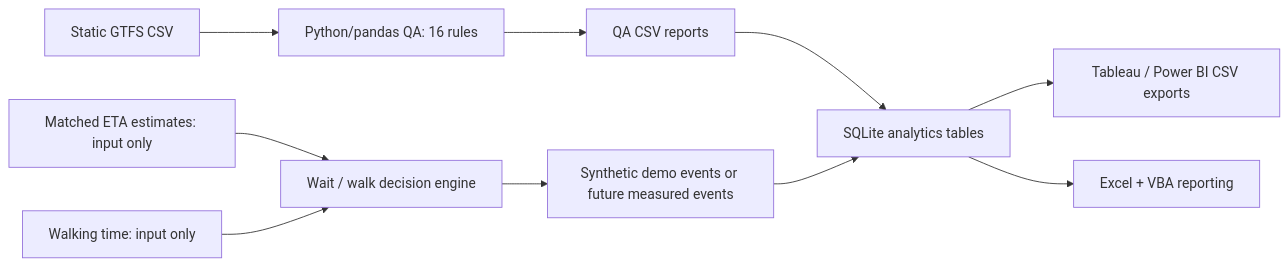
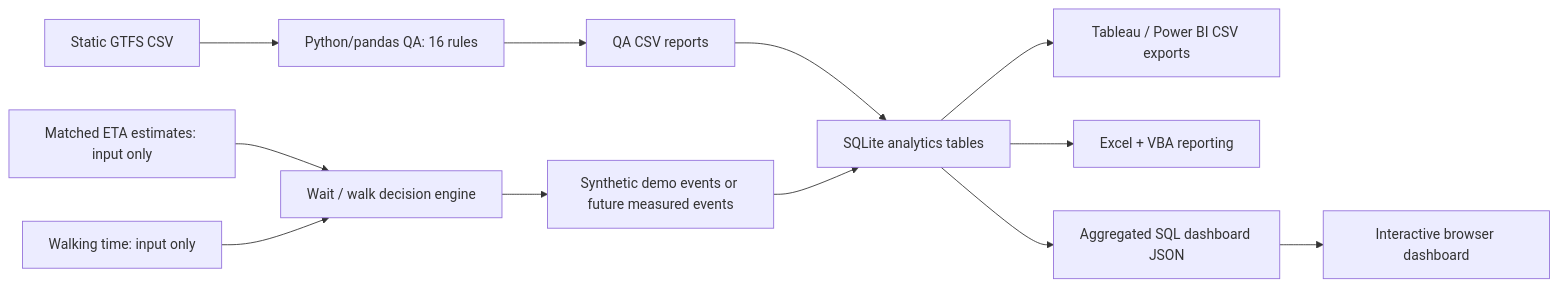
One commit to khushalr/StartStride changed the diagram in README.md. Above: the diagram before and after it, drawn with Mermaid. The commit also changed other lines of this file, not shown here.

Commit message:
Showcase interactive web dashboard in recruiter-facing README

````diff
--- a/README.md
+++ b/README.md
@@ -21,12 +21,14 @@
 ```mermaid
 flowchart LR
   A["Static GTFS CSV"] --> B["Python/pandas QA: 16 rules"]
   B --> C["QA CSV reports"]
   C --> D["SQLite analytics tables"]
   E["Matched ETA estimates: input only"] --> F["Wait / walk decision engine"]
   G["Walking time: input only"] --> F
   F --> H["Synthetic demo events or future measured events"]
   H --> D
   D --> I["Tableau / Power BI CSV exports"]
   D --> J["Excel + VBA reporting"]
+  D --> K["Aggregated SQL dashboard JSON"]
+  K --> L["Interactive browser dashboard"]
 ```
````
